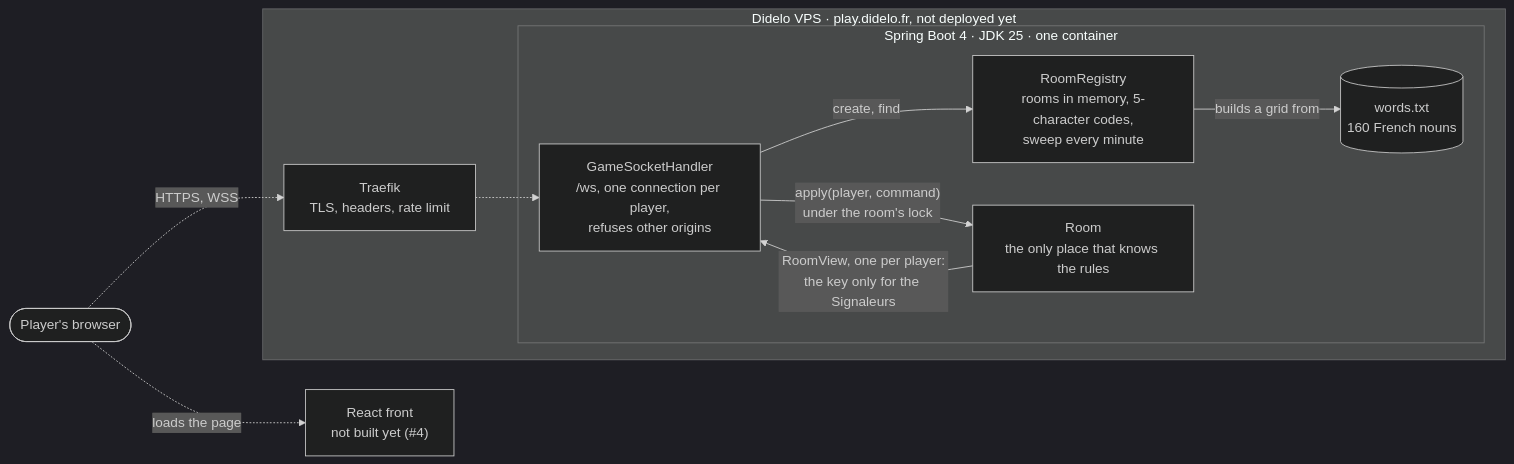
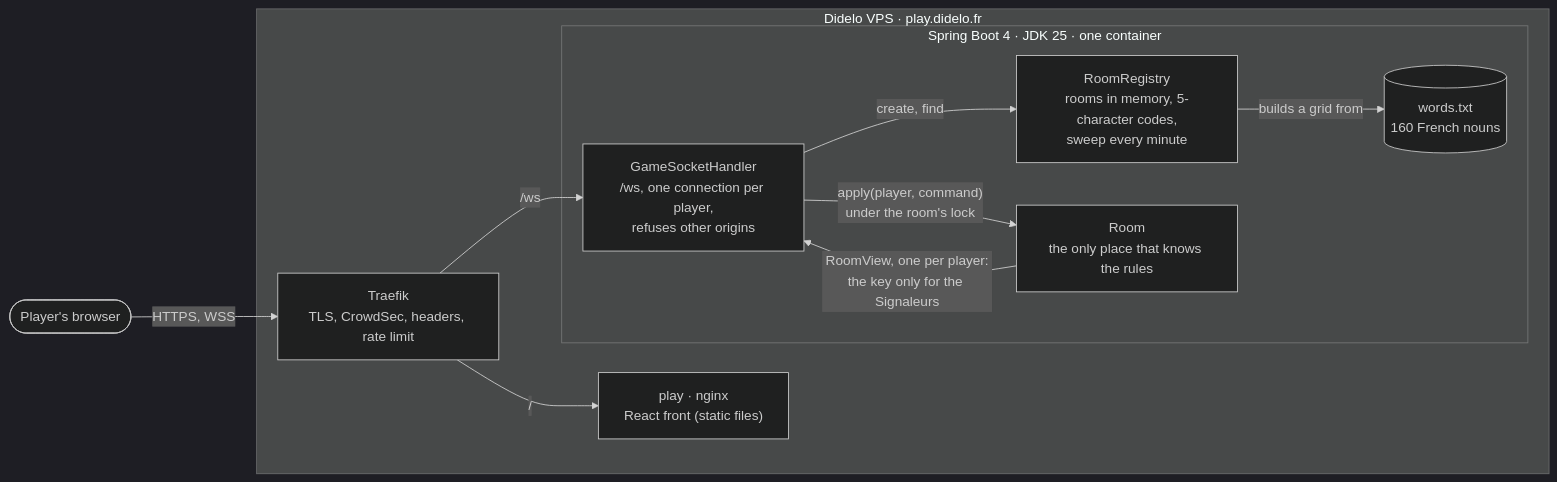
Before and after one commit to Didelo-lilian/semaphore: the first of 2 diagrams in README.md, drawn with Mermaid (dark theme). The commit also changed other lines of this file and 37 other files, not shown here.

Commit message:
feat(front): add the React front and its image (#13)

````diff
--- a/README.md
+++ b/README.md
@@ -22,23 +33,23 @@
 ```mermaid
 flowchart LR
   player([Player's browser])
-  front["React front<br/>not built yet (#4)"]
 
-  subgraph vps["Didelo VPS · play.didelo.fr, not deployed yet"]
-    traefik["Traefik<br/>TLS, headers, rate limit"]
+  subgraph vps["Didelo VPS · play.didelo.fr"]
+    traefik["Traefik<br/>TLS, CrowdSec, headers, rate limit"]
+    front["play · nginx<br/>React front (static files)"]
     subgraph app["Spring Boot 4 · JDK 25 · one container"]
       handler["GameSocketHandler<br/>/ws, one connection per player,<br/>refuses other origins"]
       registry["RoomRegistry<br/>rooms in memory, 5-character codes,<br/>sweep every minute"]
       room["Room<br/>the only place that knows the rules"]
       words[("words.txt<br/>160 French nouns")]
     end
   end
 
-  player -.->|"loads the page"| front
-  player -.->|"HTTPS, WSS"| traefik
-  traefik -.-> handler
+  player -->|"HTTPS, WSS"| traefik
+  traefik -->|"/"| front
+  traefik -->|"/ws"| handler
   handler -->|"create, find"| registry
   registry -->|"builds a grid from"| words
   handler -->|"apply(player, command)<br/>under the room's lock"| room
   room -->|"RoomView, one per player:<br/>the key only for the Signaleurs"| handler
 ```
````
